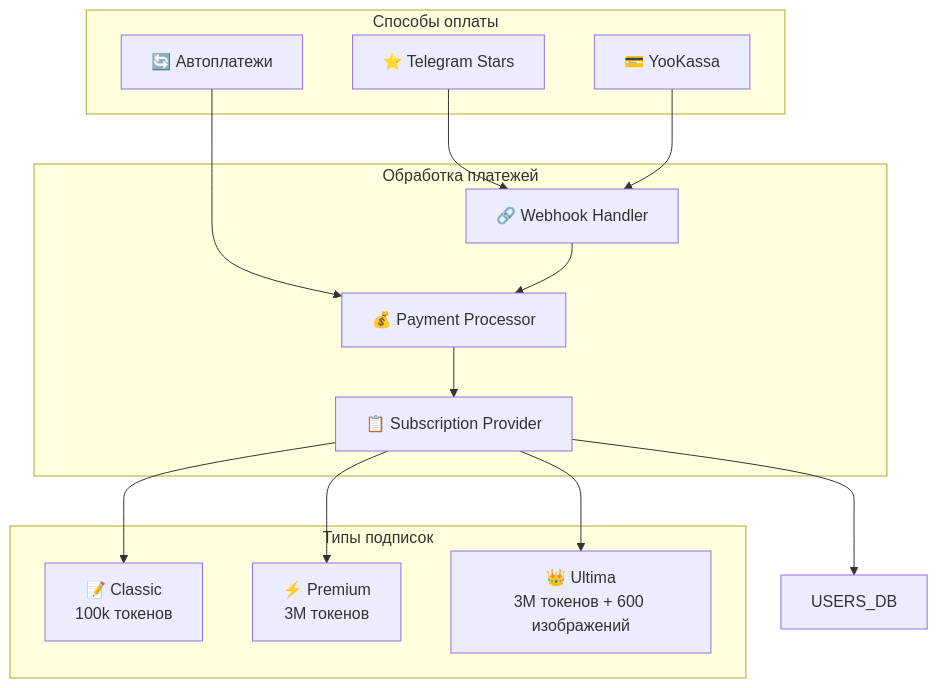
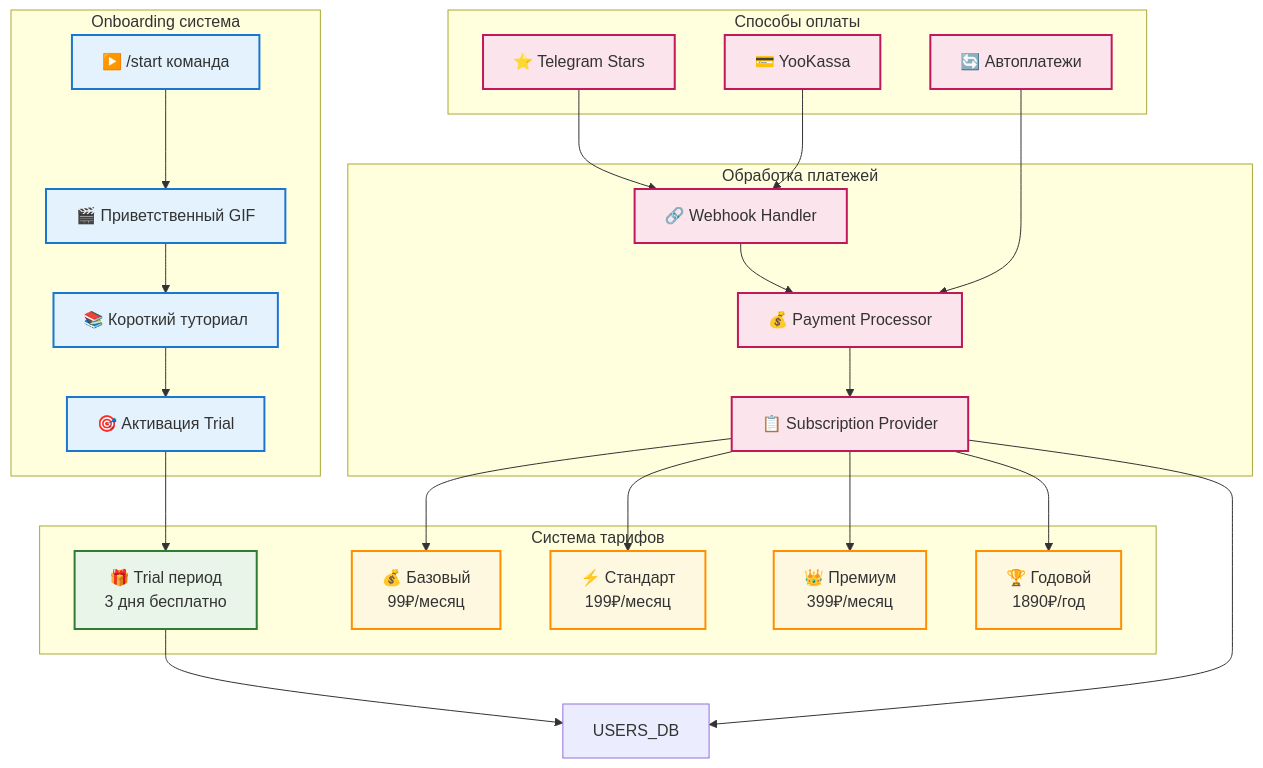
Before and after one commit to nikshh/GptBot_2.0: the third of 5 diagrams in docs/architecture_schema.md, drawn with Mermaid. The commit also changed other lines of this file, not shown here.

Commit message:
upgrade architecture_schema.md

````diff
--- a/docs/architecture_schema.md
+++ b/docs/architecture_schema.md
@@ -200,33 +284,63 @@
 ```mermaid
 graph TB
     subgraph "Способы оплаты"
         STARS[⭐ Telegram Stars]
         YOOKASSA[💳 YooKassa]
         AUTO[🔄 Автоплатежи]
     end
 
-    subgraph "Типы подписок"
-        CLASSIC[📝 Classic<br/>100k токенов]
-        PREMIUM[⚡ Premium<br/>3M токенов]
-        ULTIMA[👑 Ultima<br/>3M токенов + 600 изображений]
+    subgraph "Система тарифов"
+        TRIAL_PERIOD[🎁 Trial период<br/>3 дня бесплатно]
+        BASIC_99[💰 Базовый<br/>99₽/месяц]
+        STANDARD_199[⚡ Стандарт<br/>199₽/месяц]
+        PREMIUM_399[👑 Премиум<br/>399₽/месяц]
+        YEARLY_1890[🏆 Годовой<br/>1890₽/год]
+    end
+
+    subgraph "Onboarding система"
+        START_CMD[▶️ /start команда]
+        WELCOME_GIF[🎬 Приветственный GIF]
+        TUTORIAL[📚 Короткий туториал]
+        TRIAL_ACTIVATION[🎯 Активация Trial]
     end
 
     subgraph "Обработка платежей"
         WEBHOOK[🔗 Webhook Handler]
         PAYMENT_PROC[💰 Payment Processor]
         SUB_PROVIDER[📋 Subscription Provider]
     end
 
+    %% Onboarding flow
+    START_CMD --> WELCOME_GIF
+    WELCOME_GIF --> TUTORIAL
+    TUTORIAL --> TRIAL_ACTIVATION
+    TRIAL_ACTIVATION --> TRIAL_PERIOD
+
+    %% Payment flow
     STARS --> WEBHOOK
     YOOKASSA --> WEBHOOK
     AUTO --> PAYMENT_PROC
     
     WEBHOOK --> PAYMENT_PROC
     PAYMENT_PROC --> SUB_PROVIDER
     
-    SUB_PROVIDER --> CLASSIC
-    SUB_PROVIDER --> PREMIUM
-    SUB_PROVIDER --> ULTIMA
+    %% Subscription assignment
+    SUB_PROVIDER --> BASIC_99
+    SUB_PROVIDER --> STANDARD_199
+    SUB_PROVIDER --> PREMIUM_399
+    SUB_PROVIDER --> YEARLY_1890
     
     SUB_PROVIDER --> USERS_DB
+    TRIAL_PERIOD --> USERS_DB
+
+    %% Styling
+    classDef trialClass fill:#e8f5e8,stroke:#2e7d32,stroke-width:2px
+    classDef tariffClass fill:#fff8e1,stroke:#ff8f00,stroke-width:2px
+    classDef onboardClass fill:#e3f2fd,stroke:#1976d2,stroke-width:2px
+    classDef paymentClass fill:#fce4ec,stroke:#c2185b,stroke-width:2px
+    
+    class TRIAL_PERIOD trialClass
+    class BASIC_99,STANDARD_199,PREMIUM_399,YEARLY_1890 tariffClass
+    class START_CMD,WELCOME_GIF,TUTORIAL,TRIAL_ACTIVATION onboardClass
+    class STARS,YOOKASSA,AUTO,WEBHOOK,PAYMENT_PROC,SUB_PROVIDER paymentClass
 ```
````
